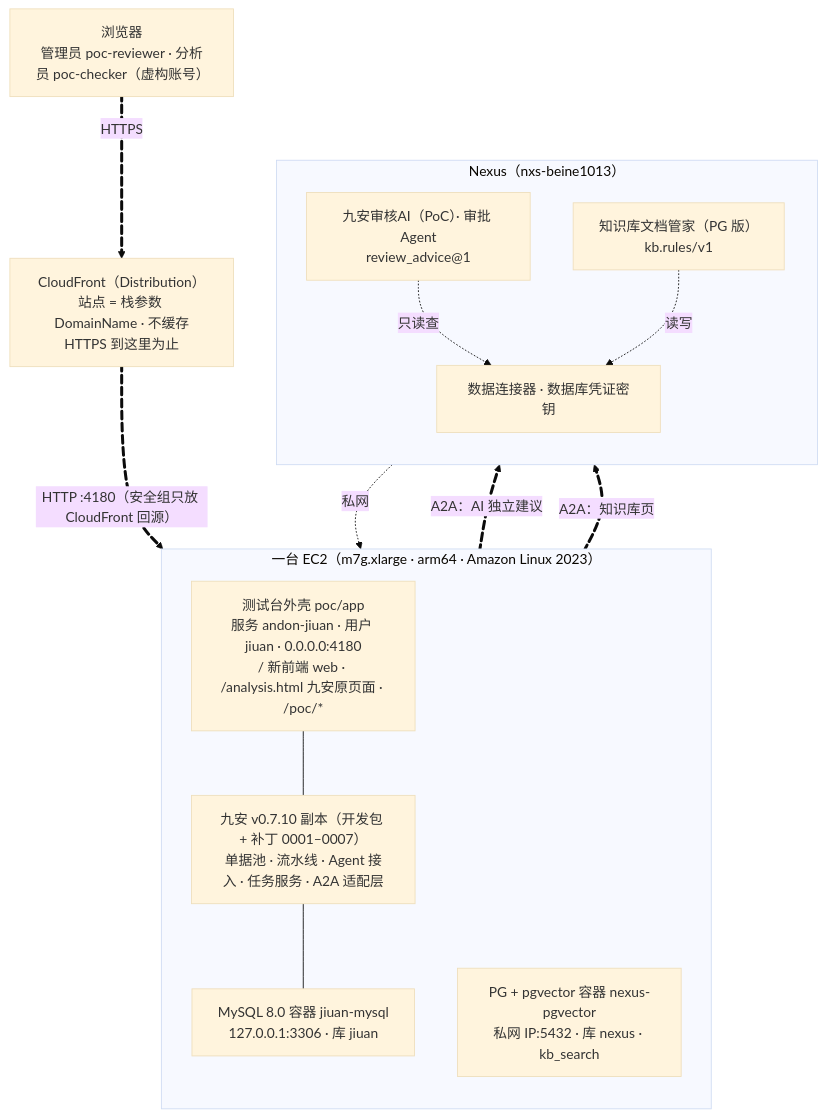
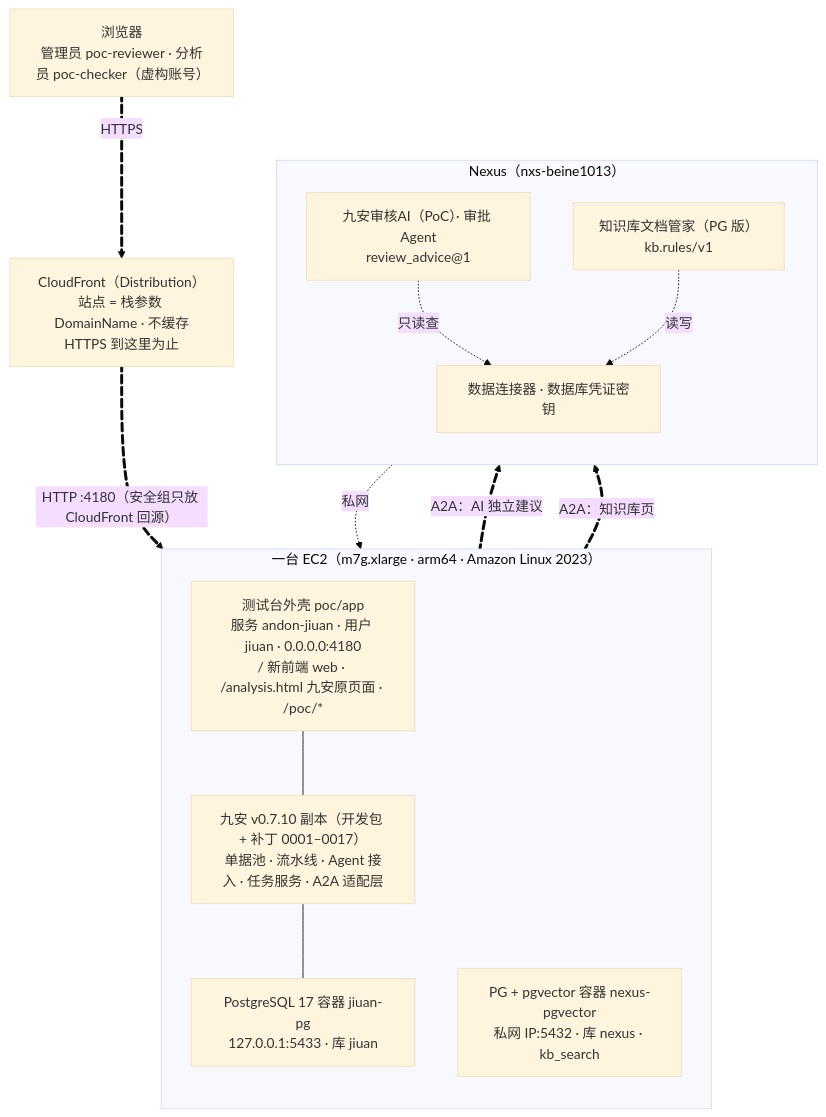
One commit to LiboMa/nexus-jiuan-agent-framework-poc changed the diagram in docs/assets/diagrams/bench-overview.mmd. Above: the diagram before and after it, drawn with Mermaid (base theme). The commit also changed 38 other files, not shown here.

First line of the commit message:
pg-port: docs and changelog for the PostgreSQL switch

```diff
--- a/docs/assets/diagrams/bench-overview.mmd
+++ b/docs/assets/diagrams/bench-overview.mmd
@@ -1,33 +1,33 @@
 flowchart TB
   browser["浏览器<br/>管理员 poc-reviewer · 分析员 poc-checker（虚构账号）"]
   cf["CloudFront（Distribution）<br/>站点 = 栈参数 DomainName · 不缓存<br/>HTTPS 到这里为止"]
   subgraph ec2["一台 EC2（m7g.xlarge · arm64 · Amazon Linux 2023）"]
     direction TB
     shell["测试台外壳 poc/app<br/>服务 andon-jiuan · 用户 jiuan · 0.0.0.0:4180<br/>/ 新前端 web · /analysis.html 九安原页面 · /poc/*"]
-    jiuan["九安 v0.7.10 副本（开发包 + 补丁 0001–0007）<br/>单据池 · 流水线 · Agent 接入 · 任务服务 · A2A 适配层"]
-    mysql["MySQL 8.0 容器 jiuan-mysql<br/>127.0.0.1:3306 · 库 jiuan"]
+    jiuan["九安 v0.7.10 副本（开发包 + 补丁 0001–0017）<br/>单据池 · 流水线 · Agent 接入 · 任务服务 · A2A 适配层"]
+    jdb["PostgreSQL 17 容器 jiuan-pg<br/>127.0.0.1:5433 · 库 jiuan"]
     pg["PG + pgvector 容器 nexus-pgvector<br/>私网 IP:5432 · 库 nexus · kb_search"]
   end
   subgraph nx["Nexus（nxs-beine1013）"]
     direction TB
     audit["九安审核AI（PoC）· 审批 Agent<br/>review_advice@1"]
     kbagent["知识库文档管家（PG 版）<br/>kb.rules/v1"]
     conn["数据连接器 · 数据库凭证密钥"]
   end
   browser e1@== HTTPS ==> cf
   cf e2@== "HTTP :4180（安全组只放 CloudFront 回源）" ==> shell
   shell --- jiuan
-  jiuan --- mysql
+  jiuan --- jdb
   jiuan e3@== "A2A：AI 独立建议" ==> audit
   shell e4@== "A2A：知识库页" ==> kbagent
   audit -. 只读查 .-> conn
   kbagent -. 读写 .-> conn
   conn -. 私网 .-> pg
   e1@{ animate: true }
   e2@{ animate: true }
   e3@{ animate: true }
   e4@{ animate: true }
   class browser,cf,shell poc
-  class jiuan,mysql jiuan
+  class jiuan,jdb jiuan
   class pg poc
   class audit,kbagent,conn nexus
```
